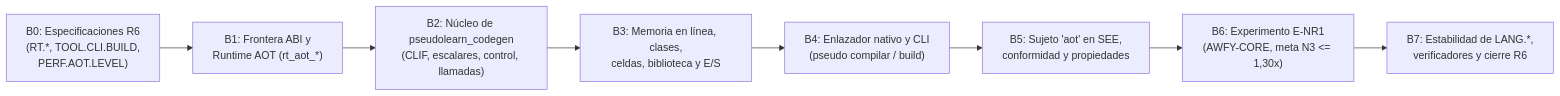
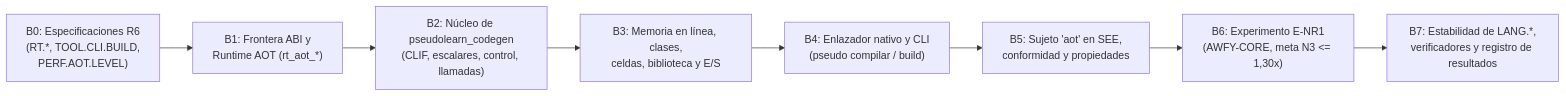
One commit to cgutieco/pseudolearn changed the diagram in docs/plan-nucleo-rust/15-plan-r6-backend-nativo.md. Above: the diagram before and after it, drawn with Mermaid. The commit also changed other lines of this file and 82 other files, not shown here.

````diff
--- a/docs/plan-nucleo-rust/15-plan-r6-backend-nativo.md
+++ b/docs/plan-nucleo-rust/15-plan-r6-backend-nativo.md
@@ -779,10 +777,10 @@
 ```mermaid
 flowchart LR
     B0["B0: Especificaciones R6\n(RT.*, TOOL.CLI.BUILD,\nPERF.AOT.LEVEL)"] --> B1["B1: Frontera ABI y\nRuntime AOT (rt_aot_*)"]
     B1 --> B2["B2: Núcleo de pseudolearn_codegen\n(CLIF, escalares, control, llamadas)"]
     B2 --> B3["B3: Memoria en línea, clases,\nceldas, biblioteca y E/S"]
     B3 --> B4["B4: Enlazador nativo y CLI\n(pseudo compilar / build)"]
     B4 --> B5["B5: Sujeto 'aot' en SEE,\nconformidad y propiedades"]
     B5 --> B6["B6: Experimento E-NR1\n(AWFY-CORE, meta N3 <= 1,30x)"]
-    B6 --> B7["B7: Estabilidad de LANG.*,\nverificadores y cierre R6"]
+    B6 --> B7["B7: Estabilidad de LANG.*,\nverificadores y registro de resultados"]
 ```
````
